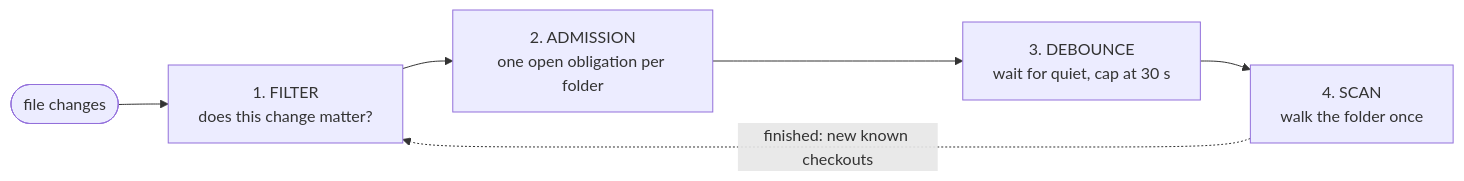
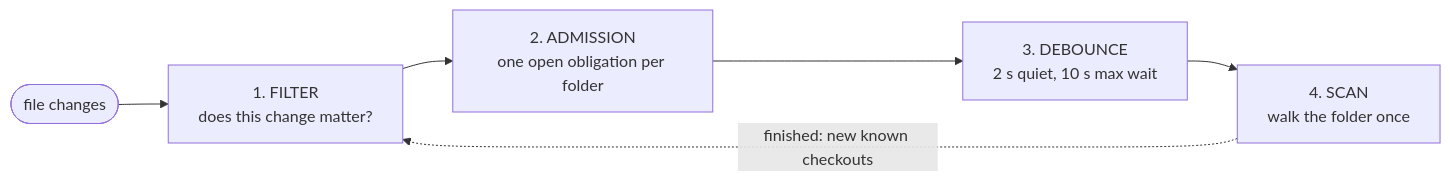
One commit to getagentstudio/agentstudio changed the first of 7 diagrams in docs/specs/2026-11-04-fsevents-overload/2026-11-04-fsevents-overload-program-design.md. Above: the diagram before and after it, drawn with Mermaid. The commit also changed other lines of this file and 4 other files, not shown here.

````diff
--- a/docs/specs/2026-11-04-fsevents-overload/2026-11-04-fsevents-overload-program-design.md
+++ b/docs/specs/2026-11-04-fsevents-overload/2026-11-04-fsevents-overload-program-design.md
@@ -9,8 +11,8 @@
 ```mermaid
 flowchart LR
   ev(["file changes"]) --> F["1. FILTER<br/>does this change matter?"]
   F --> A["2. ADMISSION<br/>one open obligation per folder"]
-  A --> D["3. DEBOUNCE<br/>wait for quiet, cap at 30 s"]
+  A --> D["3. DEBOUNCE<br/>2 s quiet, 10 s max wait"]
   D --> S["4. SCAN<br/>walk the folder once"]
   S -.->|"finished: new known checkouts"| F
 ```
````
